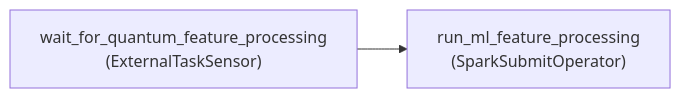
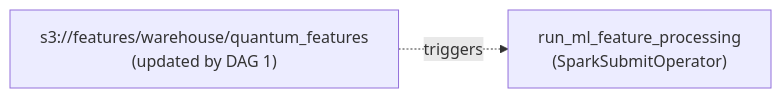
One commit to straightchlorine/quantum-pipeline changed the second of 4 diagrams in docs/data-platform/airflow-orchestration.md. Above: the diagram before and after it, drawn with Mermaid. The commit also changed other lines of this file and 64 other files, not shown here.

````diff
--- a/docs/data-platform/airflow-orchestration.md
+++ b/docs/data-platform/airflow-orchestration.md
@@ -170,4 +188,4 @@
 ```mermaid
 graph LR
-    A["wait_for_quantum_feature_processing<br/>(ExternalTaskSensor)"] --> B["run_ml_feature_processing<br/>(SparkSubmitOperator)"]
+    A["s3://features/warehouse/quantum_features<br/>(updated by DAG 1)"] -.->|"triggers"| B["run_ml_feature_processing<br/>(SparkSubmitOperator)"]
 ```
````
